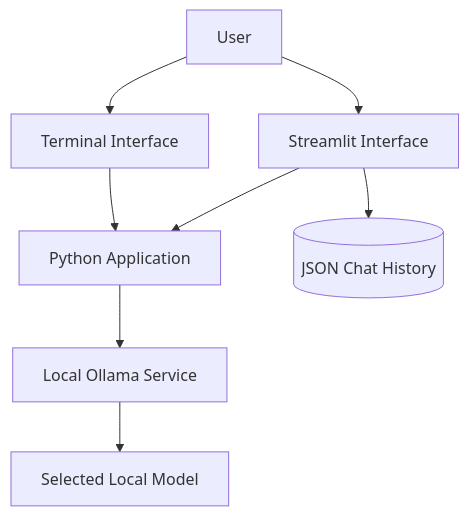
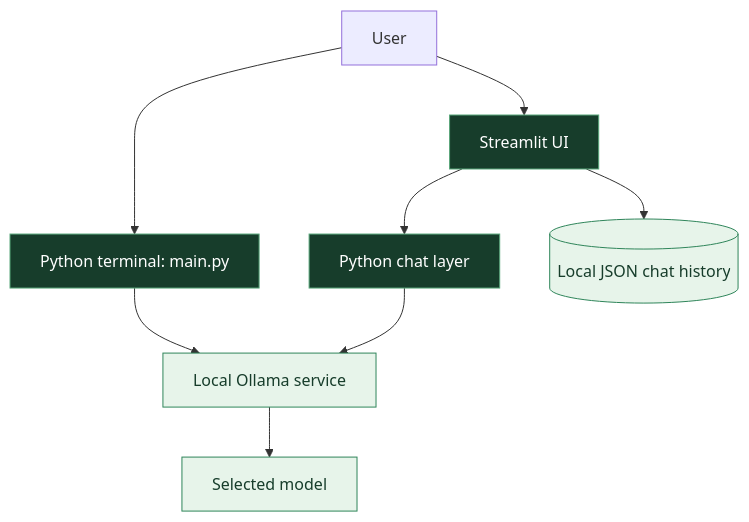
The diagram in README.md (amirreza91-13/Local-Coding-Assistant), drawn with Mermaid before and after one commit. The commit also changed other lines of this file, not shown here.

````diff
--- a/README.md
+++ b/README.md
@@ -58,10 +50,15 @@
 ```mermaid
 flowchart TD
-    U[User] --> T[Terminal Interface]
-    U --> S[Streamlit Interface]
-    T --> P[Python Application]
-    S --> P
-    P --> O[Local Ollama Service]
-    O --> M[Selected Local Model]
-    S --> H[(JSON Chat History)]
+    U[User] --> T[Python terminal: main.py]
+    U --> S[Streamlit UI]
+    T --> O[Local Ollama service]
+    S --> C[Python chat layer]
+    C --> O
+    O --> M[Selected model]
+    S --> H[(Local JSON chat history)]
+
+    classDef app fill:#173D2B,stroke:#58A67A,color:#FFFFFF
+    classDef local fill:#E7F4EA,stroke:#2F855A,color:#173D2B
+    class T,S,C app
+    class O,M,H local
 ```
````
